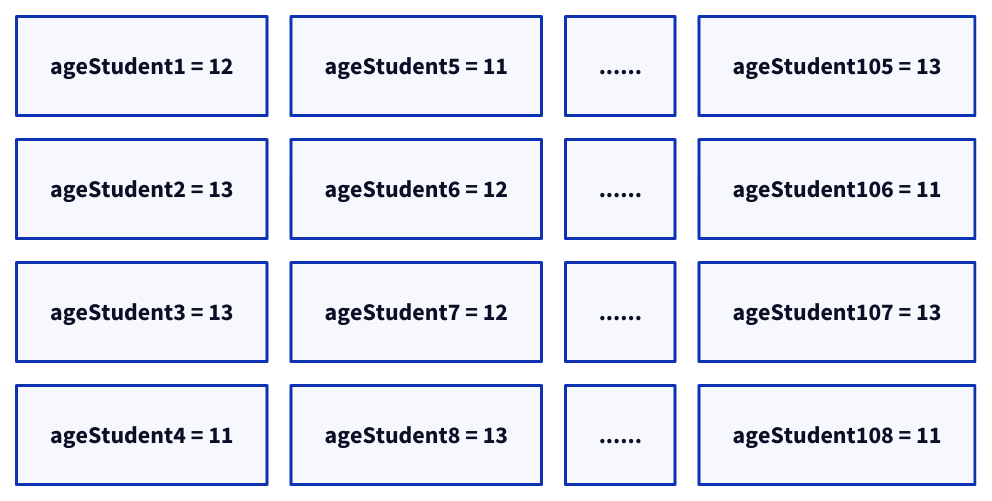
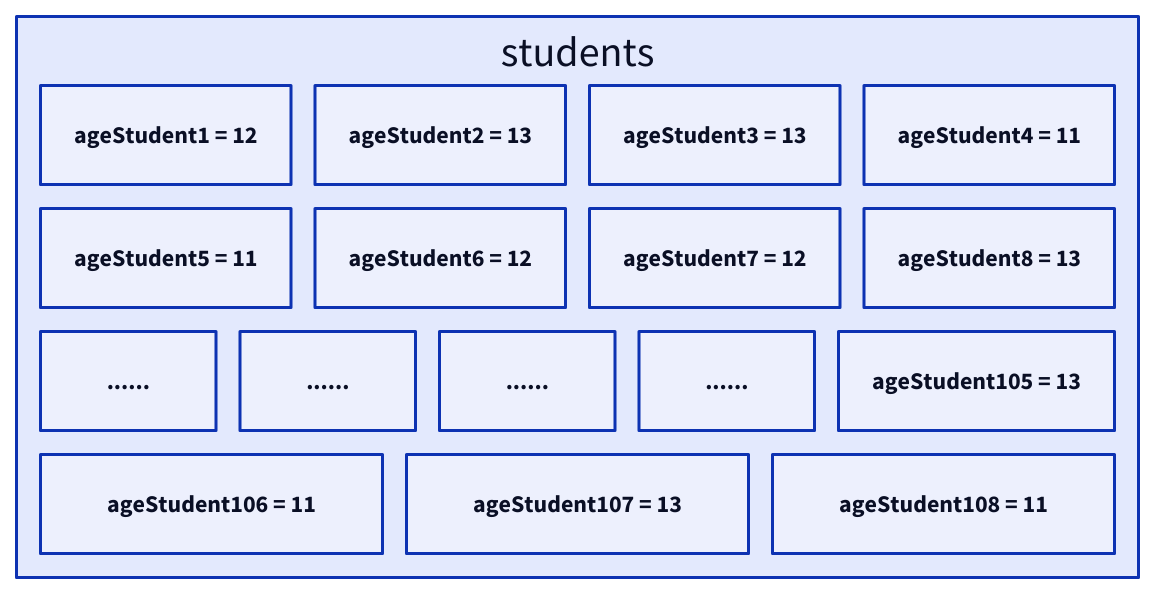
One commit to ani2fun/codefolio changed the seventh of 19 diagrams in content/cortex/data-structures-and-algorithms/01-data-structures/01-arrays/01-introduction.md. Above: the diagram before and after it, drawn with D2. The commit also changed other lines of this file and 352 other files, not shown here.

First line of the commit message:
Architectural deepening: pipelines, content, icons, AsyncResult

````diff
--- a/content/cortex/data-structures-and-algorithms/01-data-structures/01-arrays/01-introduction.md
+++ b/content/cortex/data-structures-and-algorithms/01-data-structures/01-arrays/01-introduction.md
@@ -263,20 +265,22 @@
 ```d2
-grid-columns: 4
-grid-gap: 16
-s1: "ageStudent1 = 12"
-s2: "ageStudent2 = 13"
-s3: "ageStudent3 = 13"
-s4: "ageStudent4 = 11"
-s5: "ageStudent5 = 11"
-s6: "ageStudent6 = 12"
-s7: "ageStudent7 = 12"
-s8: "ageStudent8 = 13"
-s9: "......"
-s10: "......"
-s11: "......"
-s12: "......"
-s13: "ageStudent105 = 13"
-s14: "ageStudent106 = 11"
-s15: "ageStudent107 = 13"
-s16: "ageStudent108 = 11"
+students: {
+  grid-rows: 4
+  grid-gap: 16
+  s1: "ageStudent1 = 12"
+  s2: "ageStudent2 = 13"
+  s3: "ageStudent3 = 13"
+  s4: "ageStudent4 = 11"
+  s5: "ageStudent5 = 11"
+  s6: "ageStudent6 = 12"
+  s7: "ageStudent7 = 12"
+  s8: "ageStudent8 = 13"
+  s9: "......"
+  s10: "......"
+  s11: "......"
+  s12: "......"
+  s13: "ageStudent105 = 13"
+  s14: "ageStudent106 = 11"
+  s15: "ageStudent107 = 13"
+  s16: "ageStudent108 = 11"
+}
 ```
````
